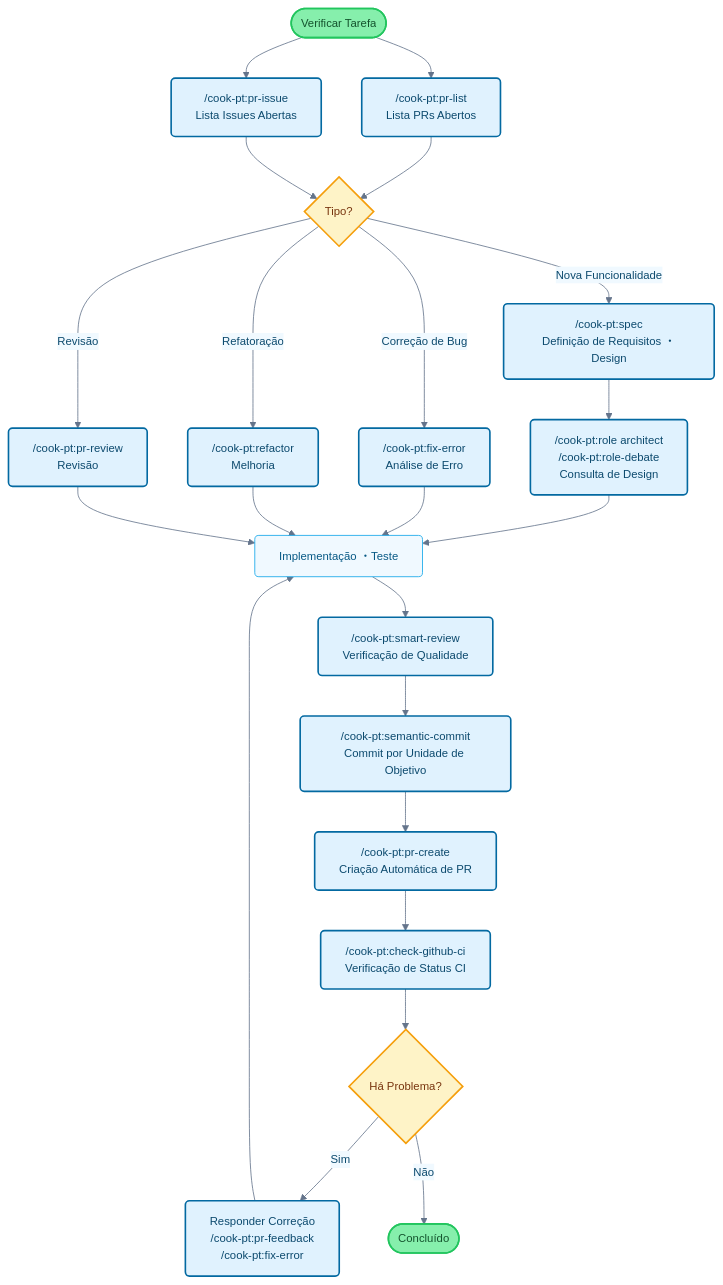
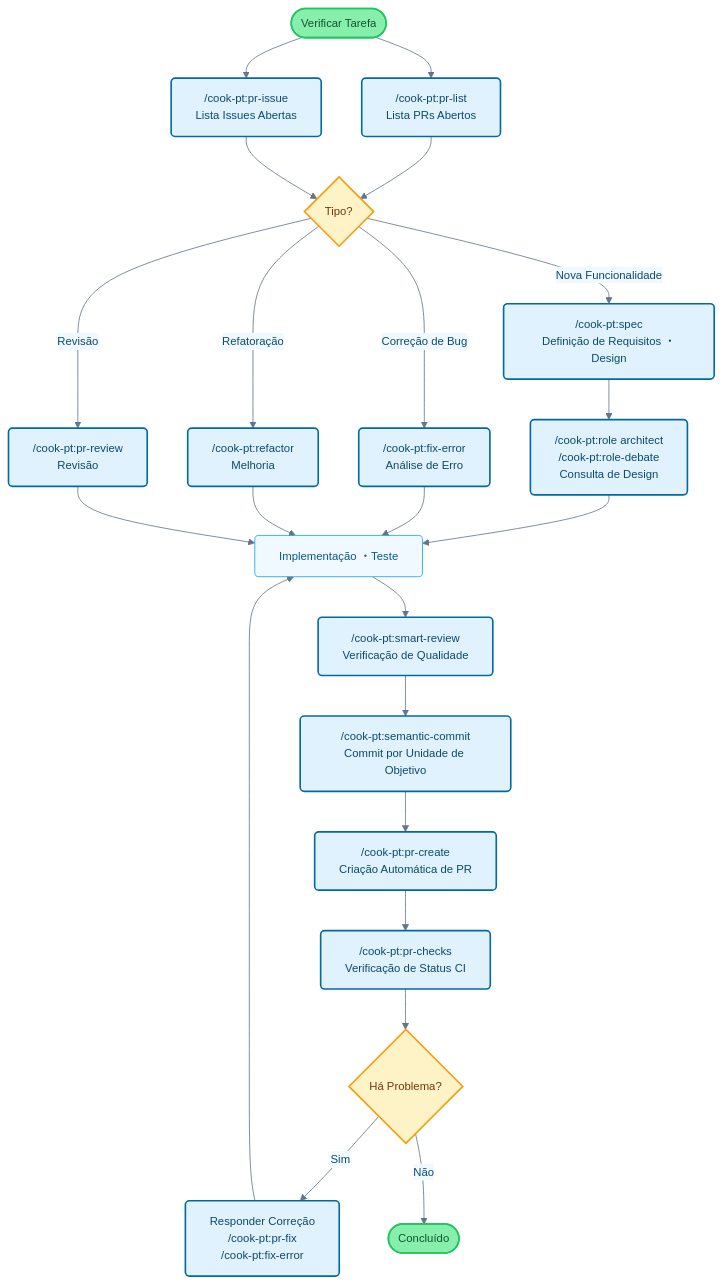
One commit to wasabeef/claude-code-cookbook changed the diagram in plugins/pt/README.md. Above: the diagram before and after it, drawn with Mermaid. The commit also changed other lines of this file and 337 other files, not shown here.

````diff
--- a/plugins/pt/README.md
+++ b/plugins/pt/README.md
@@ -115,42 +115,42 @@
 ```mermaid
 flowchart TB
     Start([Verificar Tarefa]) --> PRList["/cook-pt:pr-list<br/>Lista PRs Abertos"]
     Start --> PRIssue["/cook-pt:pr-issue<br/>Lista Issues Abertas"]
 
     PRList --> TaskType{Tipo?}
     PRIssue --> TaskType
 
     TaskType -->|Nova Funcionalidade| Plan["/cook-pt:spec<br/>Definição de Requisitos ・Design"]
     TaskType -->|Correção de Bug| Fix["/cook-pt:fix-error<br/>Análise de Erro"]
     TaskType -->|Refatoração| Refactor["/cook-pt:refactor<br/>Melhoria"]
     TaskType -->|Revisão| Review["/cook-pt:pr-review<br/>Revisão"]
 
     Plan --> Design["/cook-pt:role architect<br/>/cook-pt:role-debate<br/>Consulta de Design"]
     Design --> Implementation[Implementação ・Teste]
     Fix --> Implementation
     Refactor --> Implementation
     Review --> Implementation
 
     Implementation --> Check["/cook-pt:smart-review<br/>Verificação de Qualidade"]
     Check --> Commit["/cook-pt:semantic-commit<br/>Commit por Unidade de Objetivo"]
     Commit --> PR["/cook-pt:pr-create<br/>Criação Automática de PR"]
-    PR --> CI["/cook-pt:check-github-ci<br/>Verificação de Status CI"]
+    PR --> CI["/cook-pt:pr-checks<br/>Verificação de Status CI"]
 
     CI --> Status{Há Problema?}
-    Status -->|Sim| Feedback["Responder Correção<br/>/cook-pt:pr-feedback<br/>/cook-pt:fix-error"]
+    Status -->|Sim| Feedback["Responder Correção<br/>/cook-pt:pr-fix<br/>/cook-pt:fix-error"]
     Status -->|Não| End([Concluído])
 
     Feedback --> Implementation
 
     classDef commandBox fill:#e0f2fe,stroke:#0369a1,stroke-width:2px,rx:5,ry:5,color:#0c4a6e
     classDef processBox fill:#f0f9ff,stroke:#0ea5e9,stroke-width:1px,rx:5,ry:5,color:#075985
     classDef decisionBox fill:#fef3c7,stroke:#f59e0b,stroke-width:2px,rx:5,ry:5,color:#78350f
     classDef startEnd fill:#86efac,stroke:#22c55e,stroke-width:2px,rx:20,ry:20,color:#14532d
 
     class PRList,PRIssue,Plan,Fix,Refactor,Review,Design,Check,CI,Commit,PR,Feedback commandBox
     class Implementation processBox
     class TaskType,Status decisionBox
     class Start,End startEnd
 
     %%{init: {'theme':'base', 'themeVariables': { 'primaryColor':'#e0f2fe', 'primaryTextColor':'#0c4a6e', 'primaryBorderColor':'#0369a1', 'lineColor':'#64748b', 'secondaryColor':'#f0f9ff', 'background':'#ffffff', 'mainBkg':'#ffffff', 'fontSize': '14px'}}}%%
 ```
````
